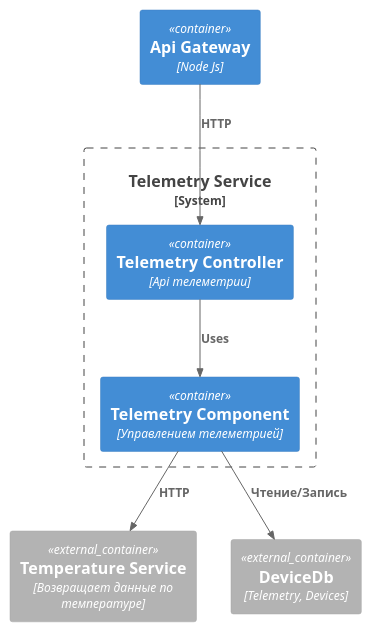
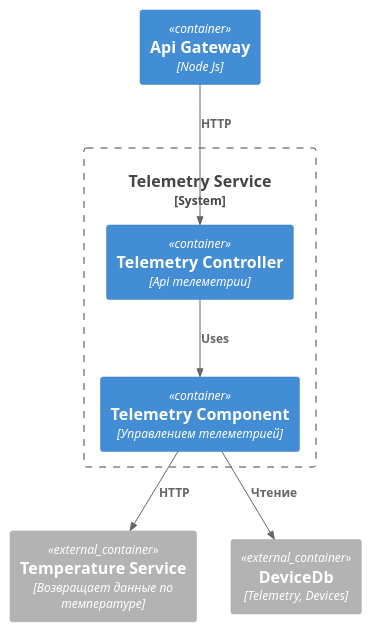
One commit to alexmented/architecture-pro-warmhouse changed the diagram in schemas/C3_TelemetryService.puml. Above: the diagram before and after it, drawn with PlantUML. The commit also changed 7 other files, not shown here.

```diff
--- a/schemas/C3_TelemetryService.puml
+++ b/schemas/C3_TelemetryService.puml
@@ -1,20 +1,20 @@
 @startuml
 !include https://raw.githubusercontent.com/plantuml-stdlib/C4-PlantUML/master/C4_Container.puml
 
 Container(gateway, "Api Gateway", "Node Js")
 
 System_Boundary(serviceBoundary, "Telemetry Service") {
     Container(controller, "Telemetry Controller", "Api телеметрии")
     Container(component, "Telemetry Component", "Управлением телеметрией")
 }
     Container_Ext(temperatureService, "Temperature Service", "Возвращает данные по температуре")
     Container_Ext(deviceDb, "DeviceDb", "Telemetry, Devices")
 
 
 Rel(gateway, controller, "HTTP")
 Rel(controller, component, "Uses")
 Rel(component, temperatureService, "HTTP")
-Rel(component, deviceDb, "Чтение/Запись")
+Rel(component, deviceDb, "Чтение")
 
 
 @enduml
```
